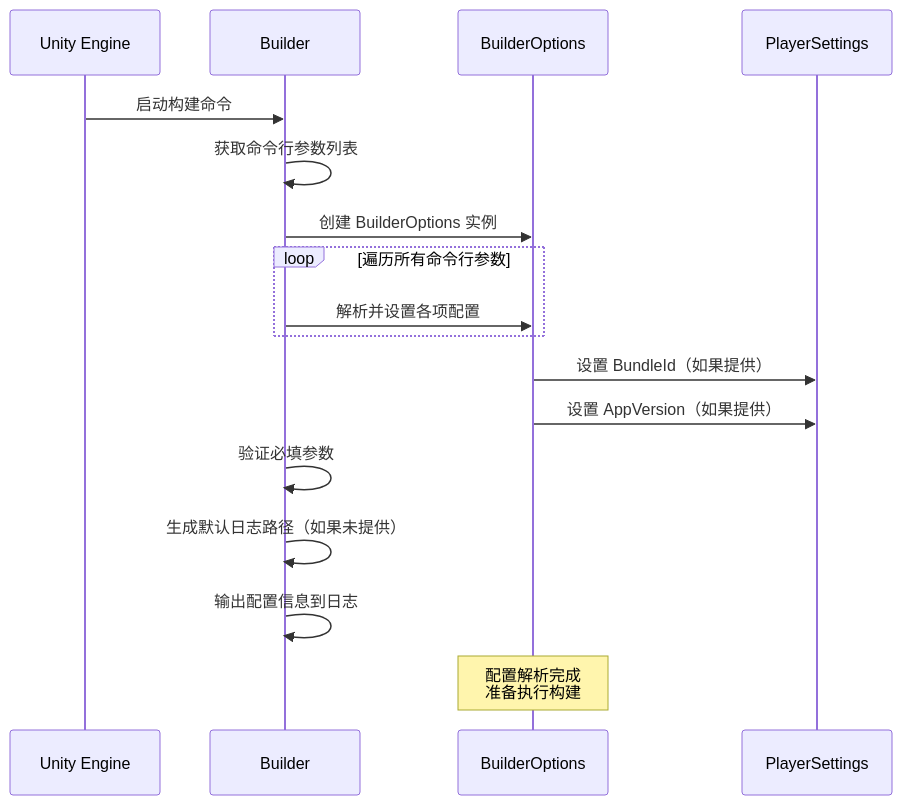
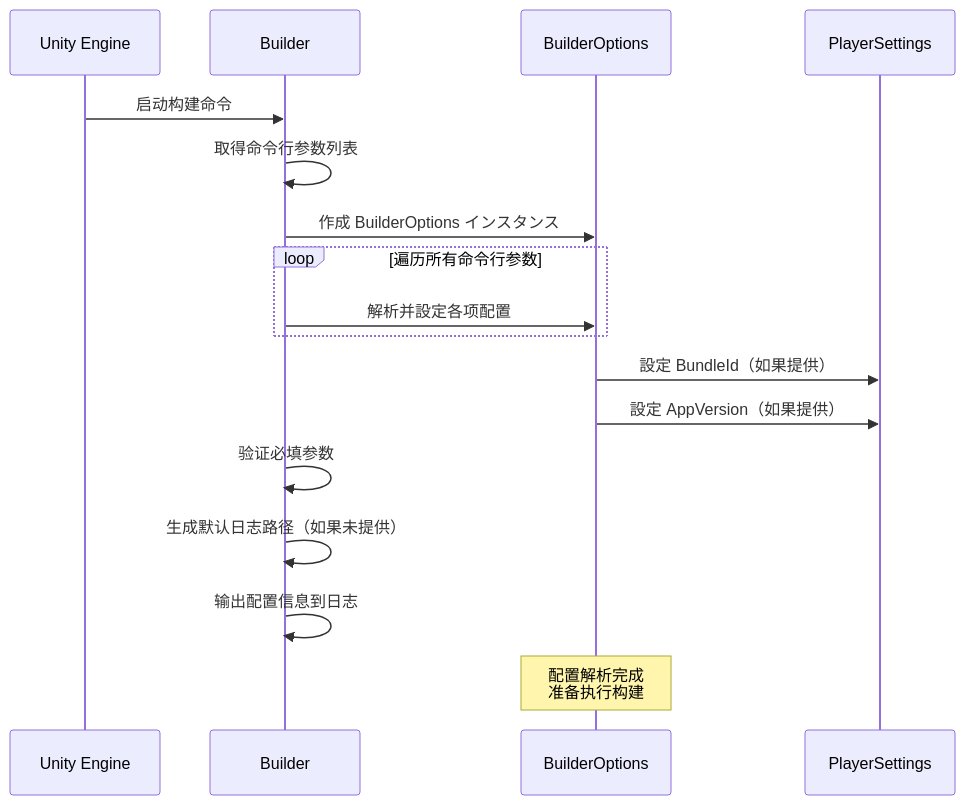
The second of 2 diagrams in docs/ja/client/unity/component/builder/05.configuration.md (AlianBlank/GameFrameX.Docs), drawn with Mermaid before and after one commit. The commit also changed other lines of this file and 603 other files, not shown here.

````diff
--- a/docs/ja/client/unity/component/builder/05.configuration.md
+++ b/docs/ja/client/unity/component/builder/05.configuration.md
@@ -131,24 +131,24 @@
 ```mermaid
 sequenceDiagram
     participant U as Unity Engine
     participant B as Builder
     participant O as BuilderOptions
     participant P as PlayerSettings
 
     U->>B: 启动构建命令
-    B->>B: 获取命令行参数列表
-    B->>O: 创建 BuilderOptions 实例
+    B->>B: 取得命令行参数列表
+    B->>O: 作成 BuilderOptions インスタンス
     
     loop 遍历所有命令行参数
-        B->>O: 解析并设置各项配置
+        B->>O: 解析并設定各项配置
     end
     
-    O->>P: 设置 BundleId（如果提供）
-    O->>P: 设置 AppVersion（如果提供）
+    O->>P: 設定 BundleId（如果提供）
+    O->>P: 設定 AppVersion（如果提供）
     
     B->>B: 验证必填参数
     B->>B: 生成默认日志路径（如果未提供）
     B->>B: 输出配置信息到日志
 
     Note over O: 配置解析完成<br/>准备执行构建
 ```
````
